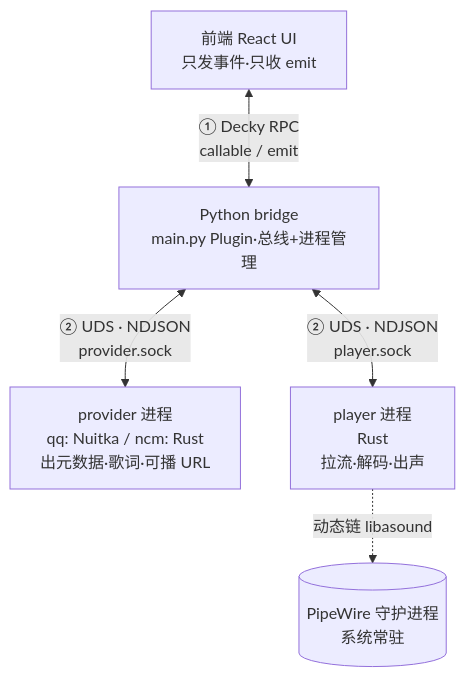
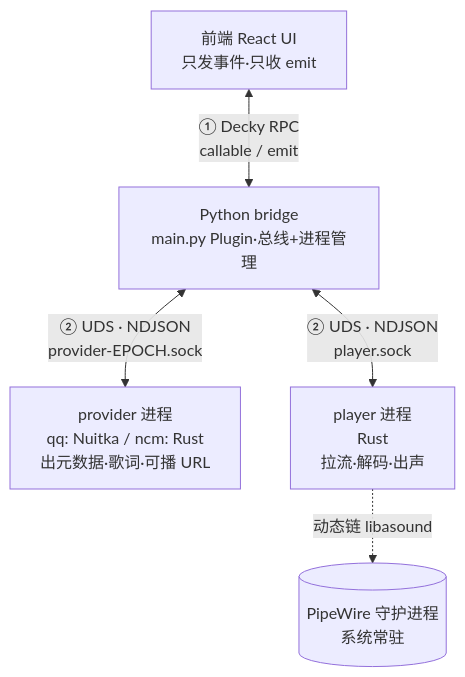
The first of 6 diagrams in docs/DESIGN.md (jinzhongjia/decky-music), drawn with Mermaid before and after one commit. The commit also changed other lines of this file and 9 other files, not shown here.

````diff
--- a/docs/DESIGN.md
+++ b/docs/DESIGN.md
@@ -29,12 +29,12 @@
 ```mermaid
 graph TB
   UI[前端 React UI<br/>只发事件·只收 emit]
   BR[Python bridge<br/>main.py Plugin·总线+进程管理]
   P[provider 进程<br/>qq: Nuitka / ncm: Rust<br/>出元数据·歌词·可播 URL]
   PL[player 进程<br/>Rust<br/>拉流·解码·出声]
 
   UI <-->|① Decky RPC<br/>callable / emit| BR
-  BR <-->|② UDS · NDJSON<br/>provider.sock| P
+  BR <-->|② UDS · NDJSON<br/>provider-EPOCH.sock| P
   BR <-->|② UDS · NDJSON<br/>player.sock| PL
   PL -.->|动态链 libasound| PW[(PipeWire 守护进程<br/>系统常驻)]
 ```
````
